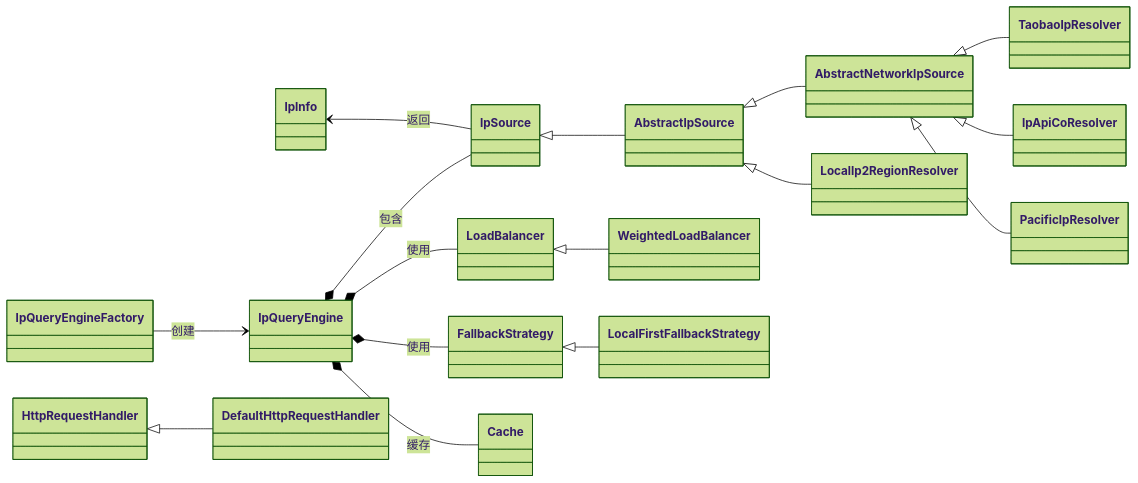
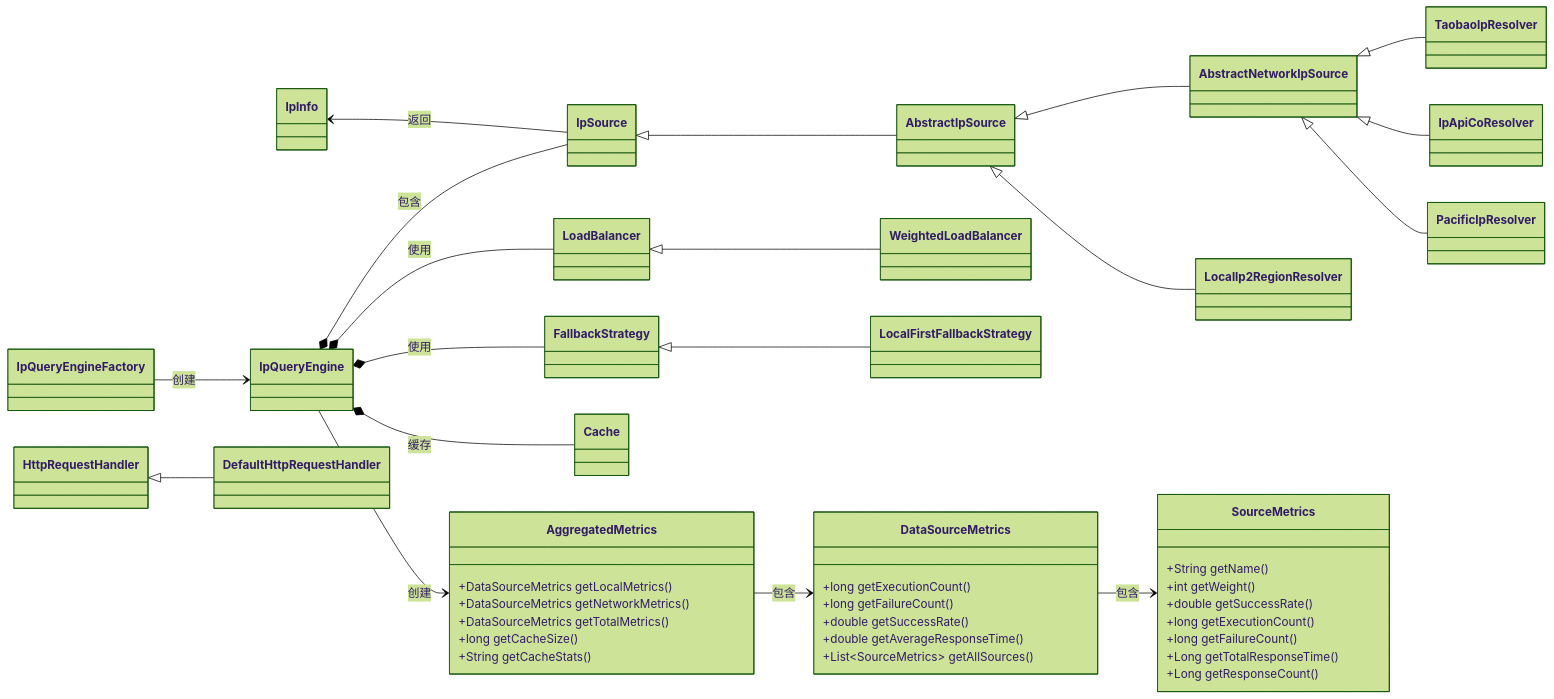
One commit to listener-He/auto-ip2region changed the third of 3 diagrams in API_DOCUMENTATION.md. Above: the diagram before and after it, drawn with Mermaid (forest theme). The commit also changed other lines of this file and 1 other file, not shown here.

````diff
--- a/API_DOCUMENTATION.md
+++ b/API_DOCUMENTATION.md
@@ -216,23 +302,53 @@
 ```mermaid
 classDiagram
     direction LR
     
     IpInfo <-- IpSource : 返回
     IpSource <|-- AbstractIpSource
     AbstractIpSource <|-- AbstractNetworkIpSource
     AbstractIpSource <|-- LocalIp2RegionResolver
     AbstractNetworkIpSource <|-- TaobaoIpResolver
     AbstractNetworkIpSource <|-- IpApiCoResolver
     AbstractNetworkIpSource <|-- PacificIpResolver
     
     IpQueryEngine *-- IpSource : 包含
     IpQueryEngine *-- LoadBalancer : 使用
     IpQueryEngine *-- FallbackStrategy : 使用
     IpQueryEngine *-- Cache : 缓存
     
     LoadBalancer <|-- WeightedLoadBalancer
     FallbackStrategy <|-- LocalFirstFallbackStrategy
     HttpRequestHandler <|-- DefaultHttpRequestHandler
     
     IpQueryEngineFactory --> IpQueryEngine : 创建
+    
+    class AggregatedMetrics {
+        +DataSourceMetrics getLocalMetrics()
+        +DataSourceMetrics getNetworkMetrics()
+        +DataSourceMetrics getTotalMetrics()
+        +long getCacheSize()
+        +String getCacheStats()
+    }
+    
+    class DataSourceMetrics {
+        +long getExecutionCount()
+        +long getFailureCount()
+        +double getSuccessRate()
+        +double getAverageResponseTime()
+        +List~SourceMetrics~ getAllSources()
+    }
+    
+    class SourceMetrics {
+        +String getName()
+        +int getWeight()
+        +double getSuccessRate()
+        +long getExecutionCount()
+        +long getFailureCount()
+        +Long getTotalResponseTime()
+        +Long getResponseCount()
+    }
+    
+    IpQueryEngine --> AggregatedMetrics : 创建
+    AggregatedMetrics --> DataSourceMetrics : 包含
+    DataSourceMetrics --> SourceMetrics : 包含
 ```
````
